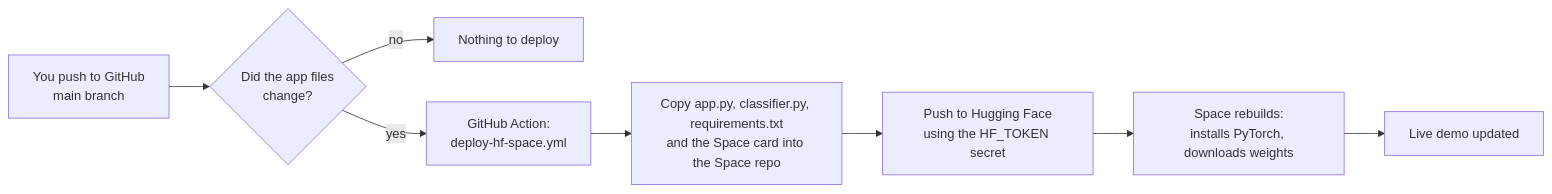
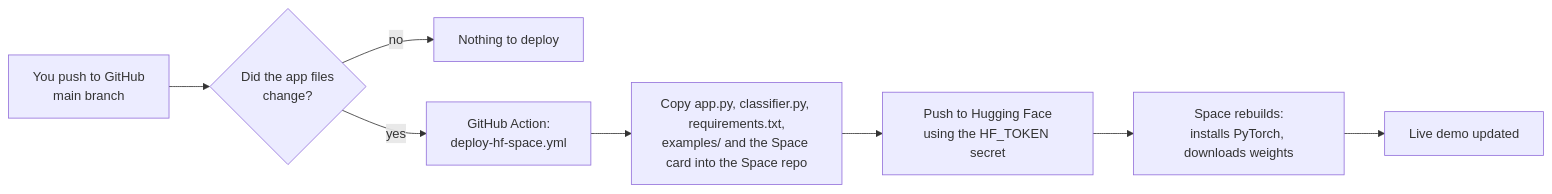
Before and after one commit to laavanjan/imagenet-model-explorer: the second of 2 diagrams in README.md, drawn with Mermaid. The commit also changed other lines of this file, not shown here.

Commit message:
README: list examples/ and update deployment notes

````diff
--- a/README.md
+++ b/README.md
@@ -92,10 +92,10 @@
 ```mermaid
 flowchart LR
     A["You push to GitHub<br/>main branch"] --> B{"Did the app files<br/>change?"}
     B -- no --> C["Nothing to deploy"]
     B -- yes --> D["GitHub Action:<br/>deploy-hf-space.yml"]
-    D --> E["Copy app.py, classifier.py, requirements.txt<br/>and the Space card into the Space repo"]
+    D --> E["Copy app.py, classifier.py, requirements.txt,<br/>examples/ and the Space card into the Space repo"]
     E --> F["Push to Hugging Face<br/>using the HF_TOKEN secret"]
     F --> G["Space rebuilds:<br/>installs PyTorch, downloads weights"]
     G --> H["Live demo updated"]
 ```
````
